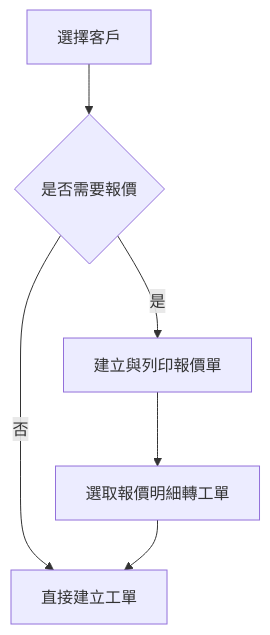
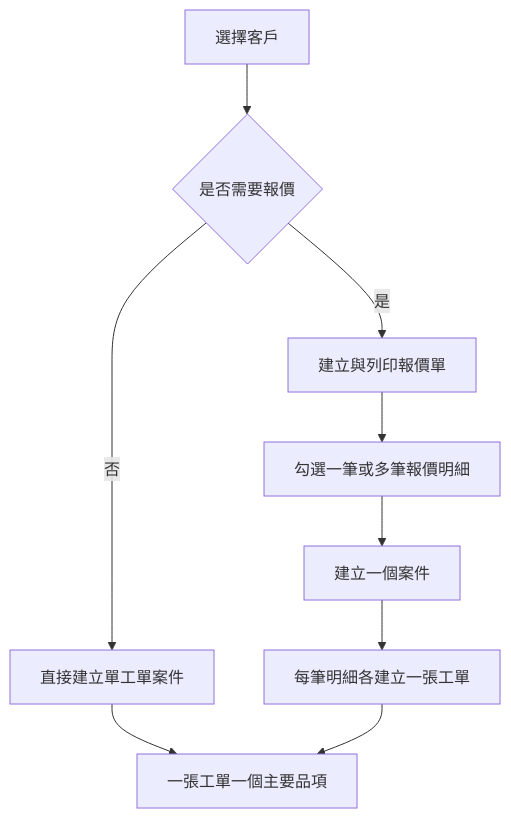
The second of 2 diagrams in 01_公司流程與新版改進.md (kk98033/company-operations-system), drawn with Mermaid before and after one commit. The commit also changed other lines of this file and 21 other files, not shown here.

````diff
--- a/01_公司流程與新版改進.md
+++ b/01_公司流程與新版改進.md
@@ -143,8 +143,11 @@
 ```mermaid
 flowchart TD
     A[選擇客戶] --> B{是否需要報價}
-    B -->|否| D[直接建立工單]
+    B -->|否| D[直接建立單工單案件]
     B -->|是| C[建立與列印報價單]
-    C --> E[選取報價明細轉工單]
-    E --> D
+    C --> E[勾選一筆或多筆報價明細]
+    E --> F[建立一個案件]
+    F --> G[每筆明細各建立一張工單]
+    D --> H[一張工單一個主要品項]
+    G --> H
 ```
````
